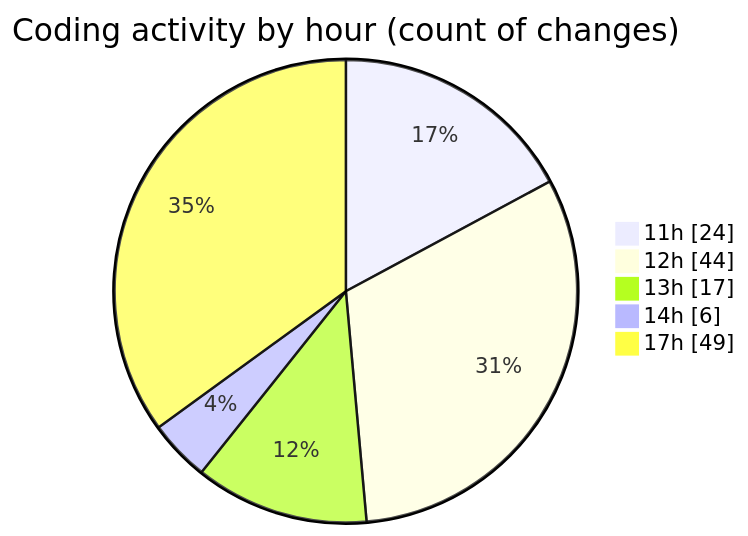
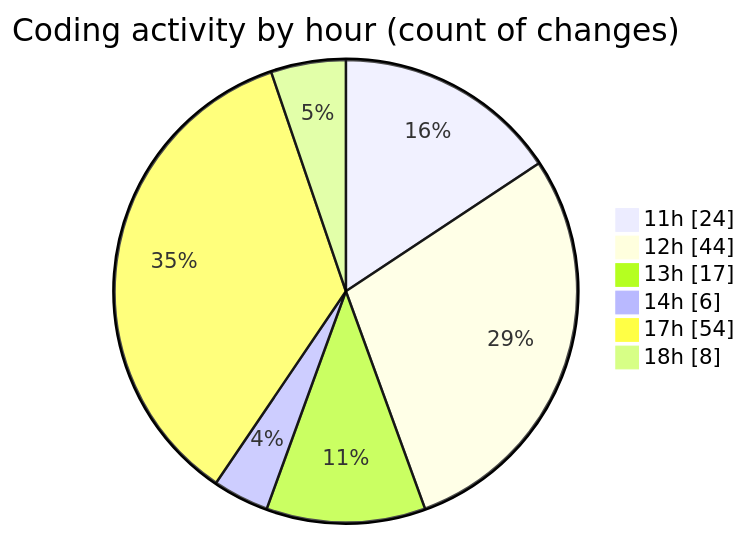
Before and after one commit to nxtqubesakshisongat/code-tracking: the second of 2 diagrams in 2025-05-10/argos-dev/README.md, drawn with Mermaid. The commit also changed other lines of this file and 1 other file, not shown here.

````diff
--- a/2025-05-10/argos-dev/README.md
+++ b/2025-05-10/argos-dev/README.md
@@ -37,9 +41,10 @@
 ```mermaid
 pie showData
 title Coding activity by hour (count of changes)
 "11h" : 24
 "12h" : 44
 "13h" : 17
 "14h" : 6
-"17h" : 49
+"17h" : 54
+"18h" : 8
 ```
````
